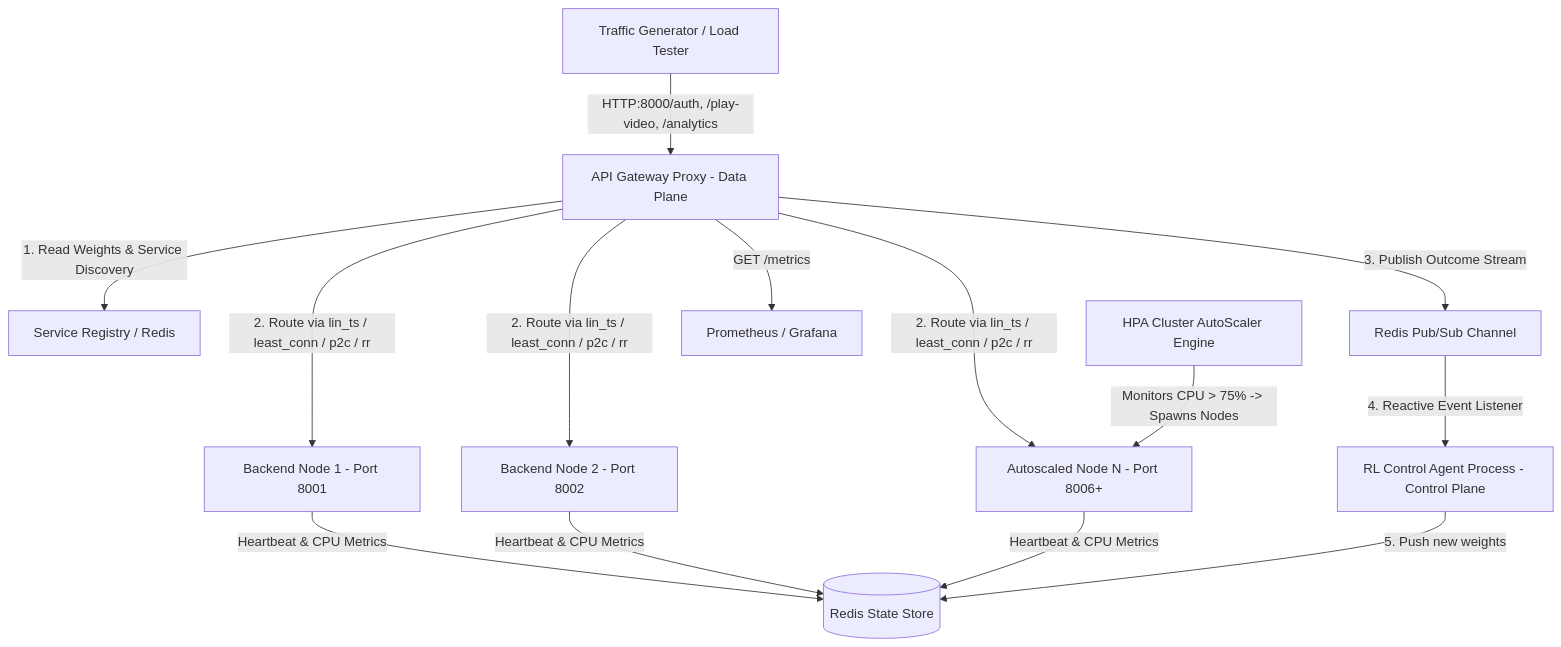
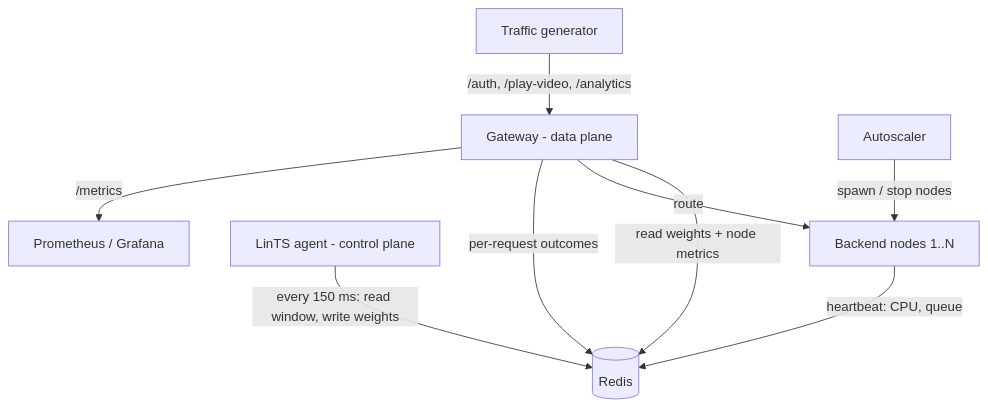
One commit to harsharajkumar-273/adaptive-load-balancer-rl changed the diagram in README.md. Above: the diagram before and after it, drawn with Mermaid. The commit also changed other lines of this file and 18 other files, not shown here.

````diff
--- a/README.md
+++ b/README.md
@@ -56,20 +43,11 @@
 ```mermaid
 graph TD
-    Client[Traffic Generator / Load Tester] -->|HTTP:8000/auth, /play-video, /analytics| Gateway[API Gateway Proxy - Data Plane]
-    Gateway -->|1. Read Weights & Service Discovery| Registry[Service Registry / Redis]
-    Gateway -->|2. Route via lin_ts / least_conn / p2c / rr| Node1[Backend Node 1 - Port 8001]
-    Gateway -->|2. Route via lin_ts / least_conn / p2c / rr| Node2[Backend Node 2 - Port 8002]
-    Gateway -->|2. Route via lin_ts / least_conn / p2c / rr| NodeN[Autoscaled Node N - Port 8006+]
-    
-    HPA[HPA Cluster AutoScaler Engine] -->|Monitors CPU > 75% -> Spawns Nodes| NodeN
-    
-    Node1 -->|Heartbeat & CPU Metrics| Redis[(Redis State Store)]
-    Node2 -->|Heartbeat & CPU Metrics| Redis
-    NodeN -->|Heartbeat & CPU Metrics| Redis
-    
-    Gateway -->|3. Publish Outcome Stream| PubSub[Redis Pub/Sub Channel]
-    PubSub -->|4. Reactive Event Listener| Agent[RL Control Agent Process - Control Plane]
-    Agent -->|5. Push new weights| Redis
-    
-    Gateway -->|GET /metrics| Prom[Prometheus / Grafana]
+    Client[Traffic generator] -->|/auth, /play-video, /analytics| Gateway[Gateway - data plane]
+    Gateway -->|read weights + node metrics| Redis[(Redis)]
+    Gateway -->|route| Nodes[Backend nodes 1..N]
+    Nodes -->|heartbeat: CPU, queue| Redis
+    Gateway -->|per-request outcomes| Redis
+    Agent[LinTS agent - control plane] -->|every 150 ms: read window, write weights| Redis
+    Autoscaler[Autoscaler] -->|spawn / stop nodes| Nodes
+    Gateway -->|/metrics| Prom[Prometheus / Grafana]
 ```
````
